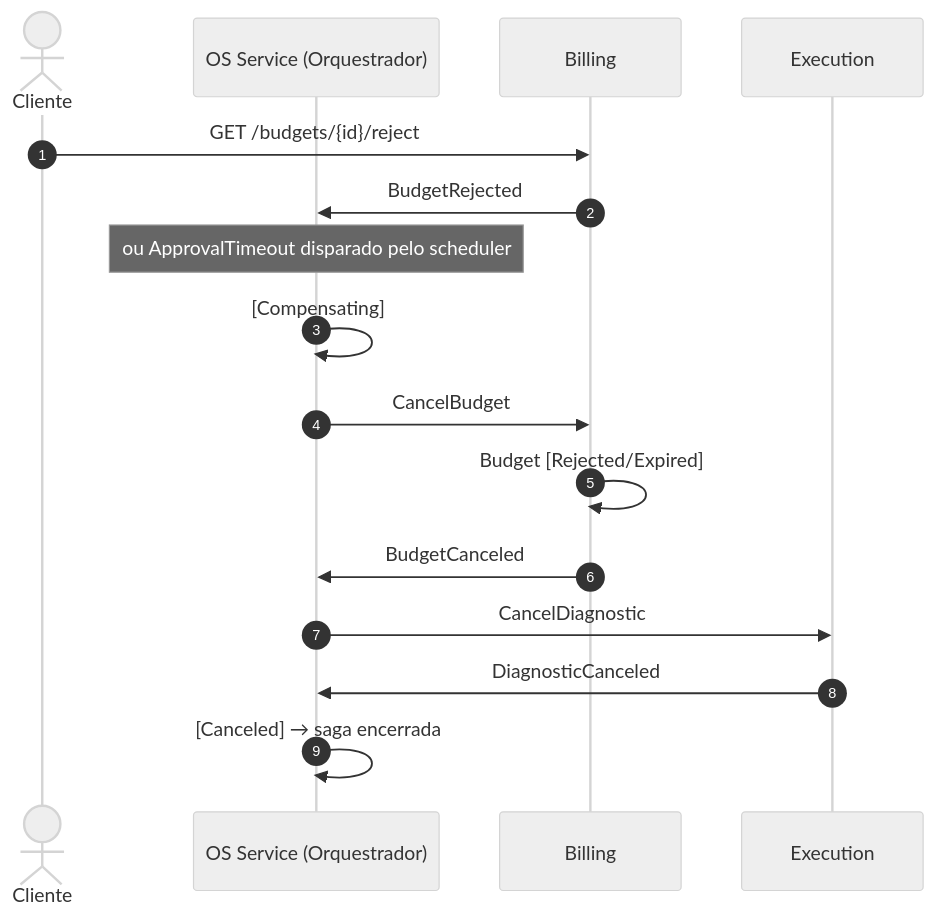
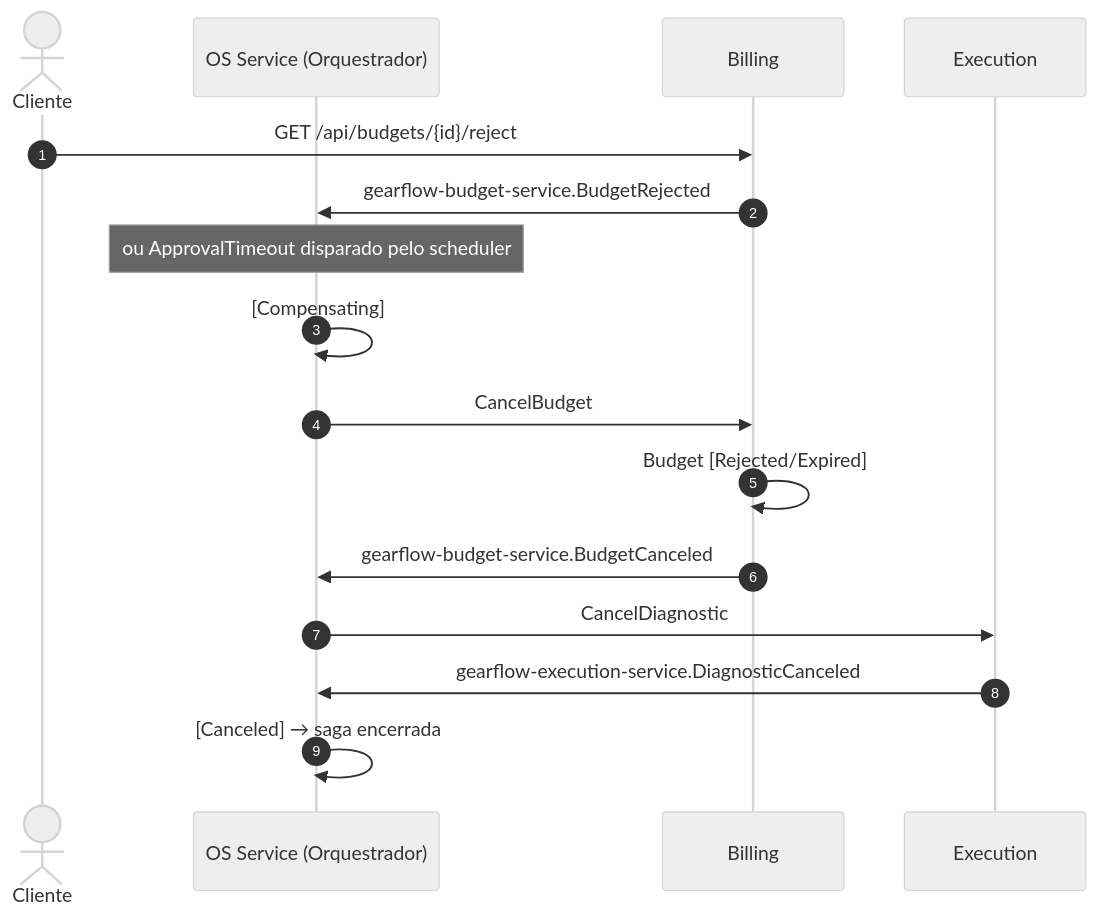
One commit to Gearflow-Fiap/gearflow-budget-service changed the third of 5 diagrams in docs/fluxo-saga.md. Above: the diagram before and after it, drawn with Mermaid (neutral theme). The commit also changed other lines of this file and 29 other files, not shown here.

Commit message:
docs: document billing architecture, mock flow and validation evidence

````diff
--- a/docs/fluxo-saga.md
+++ b/docs/fluxo-saga.md
@@ -144,19 +146,19 @@
 ```mermaid
 sequenceDiagram
     autonumber
     actor Cliente
     participant OS as OS Service (Orquestrador)
     participant BI as Billing
     participant EX as Execution
 
-    Cliente->>BI: GET /budgets/{id}/reject
-    BI->>OS: BudgetRejected
+    Cliente->>BI: GET /api/budgets/{id}/reject
+    BI->>OS: gearflow-budget-service.BudgetRejected
     Note over OS: ou ApprovalTimeout disparado pelo scheduler
     OS->>OS: [Compensating]
     OS->>BI: CancelBudget
     BI->>BI: Budget [Rejected/Expired]
-    BI->>OS: BudgetCanceled
+    BI->>OS: gearflow-budget-service.BudgetCanceled
     OS->>EX: CancelDiagnostic
-    EX->>OS: DiagnosticCanceled
+    EX->>OS: gearflow-execution-service.DiagnosticCanceled
     OS->>OS: [Canceled] → saga encerrada
 ```
````
